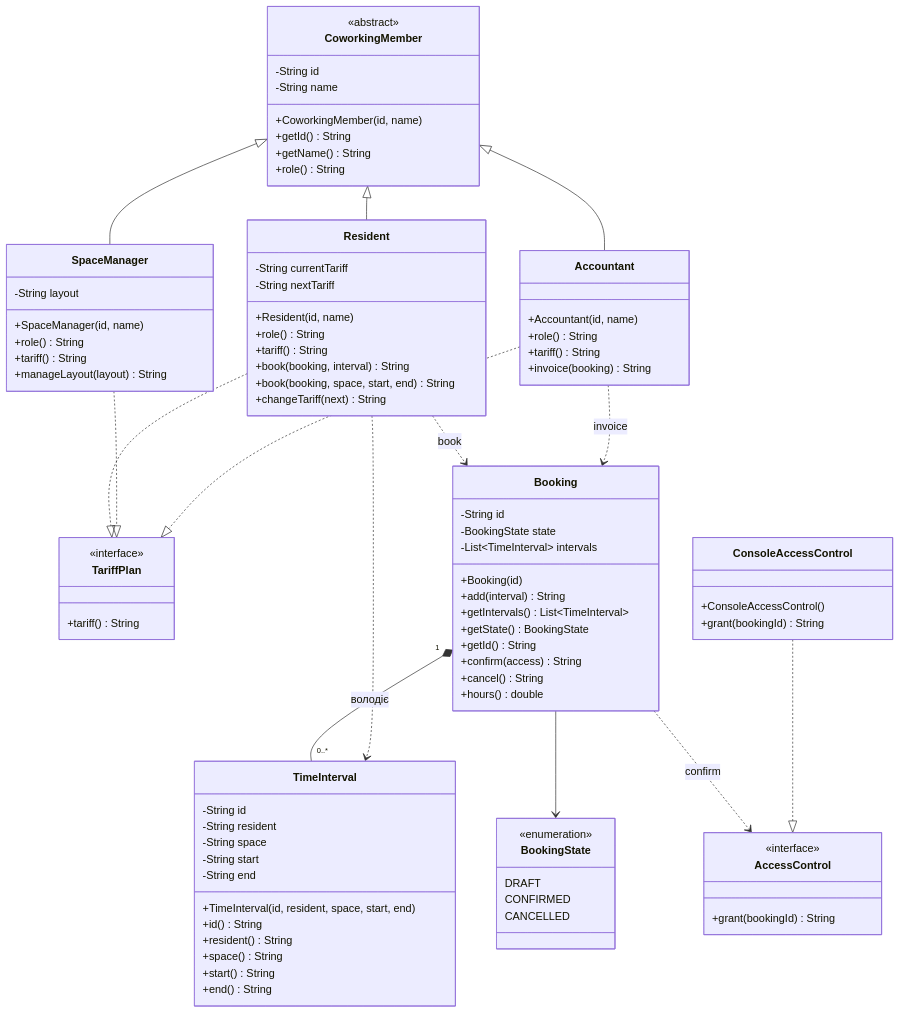
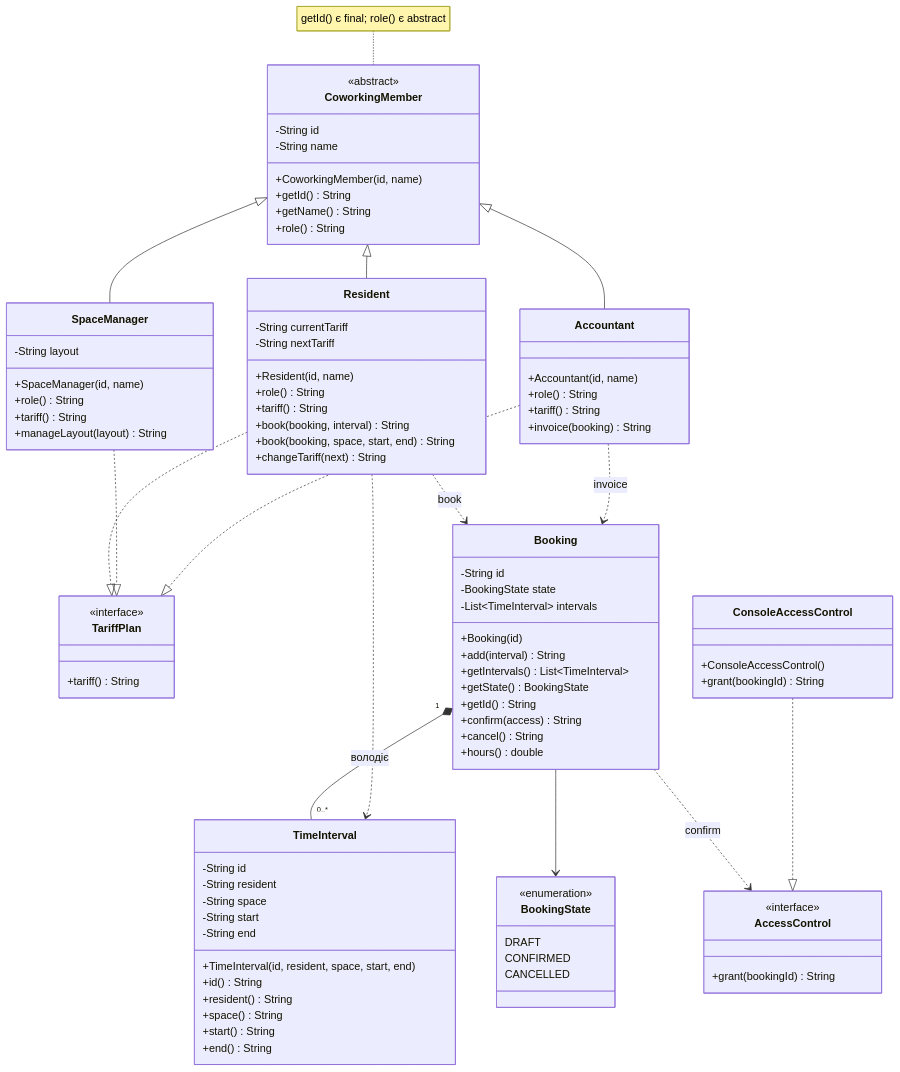
One commit to auulina21/coworking-19 changed the diagram in docs/class.mmd. Above: the diagram before and after it, drawn with Mermaid. The commit also changed 15 other files, not shown here.

Commit message:
docs: final reviewed diagrams evidence and launcher for practice 2

```diff
--- a/docs/class.mmd
+++ b/docs/class.mmd
@@ -1,91 +1,93 @@
 classDiagram
 direction TB
 class CoworkingMember {
   <<abstract>>
   -String id
   -String name
   +CoworkingMember(id, name)
   +getId() String
   +getName() String
   +role() String
 }
 class TariffPlan {
   <<interface>>
   +tariff() String
 }
 class Resident {
   -String currentTariff
   -String nextTariff
   +Resident(id, name)
   +role() String
   +tariff() String
   +book(booking, interval) String
   +book(booking, space, start, end) String
   +changeTariff(next) String
 }
 class SpaceManager {
   -String layout
   +SpaceManager(id, name)
   +role() String
   +tariff() String
   +manageLayout(layout) String
 }
 class Accountant {
   +Accountant(id, name)
   +role() String
   +tariff() String
   +invoice(booking) String
 }
 class TimeInterval {
   -String id
   -String resident
   -String space
   -String start
   -String end
   +TimeInterval(id, resident, space, start, end)
   +id() String
   +resident() String
   +space() String
   +start() String
   +end() String
 }
 class BookingState {
   <<enumeration>>
   DRAFT
   CONFIRMED
   CANCELLED
 }
 class Booking {
   -String id
   -BookingState state
   -List~TimeInterval~ intervals
   +Booking(id)
   +add(interval) String
   +getIntervals() List~TimeInterval~
   +getState() BookingState
   +getId() String
   +confirm(access) String
   +cancel() String
   +hours() double
 }
 class AccessControl {
   <<interface>>
   +grant(bookingId) String
 }
 class ConsoleAccessControl {
   +ConsoleAccessControl()
   +grant(bookingId) String
 }
 CoworkingMember <|-- Resident
 CoworkingMember <|-- SpaceManager
 CoworkingMember <|-- Accountant
 Resident ..|> TariffPlan
 SpaceManager ..|> TariffPlan
 Accountant ..|> TariffPlan
 Booking "1" *-- "0..*" TimeInterval : володіє
 Booking --> BookingState
 Booking ..> AccessControl : confirm
 ConsoleAccessControl ..|> AccessControl
 Resident ..> Booking : book
 Resident ..> TimeInterval
 Accountant ..> Booking : invoice
+
+note for CoworkingMember "getId() є final; role() є abstract"
```
